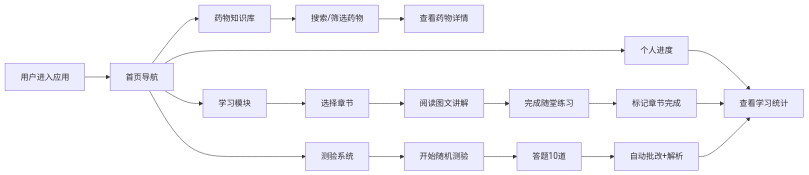
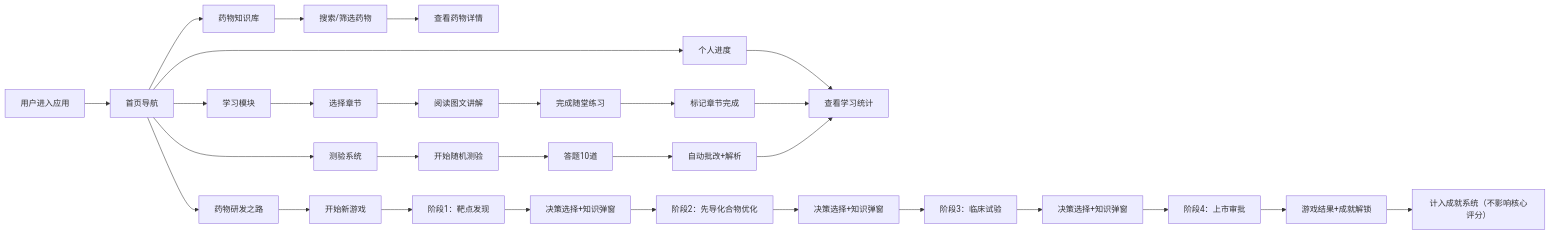
One commit to tutuentropy-droid/1020 changed the diagram in .trae/documents/PRD.md. Above: the diagram before and after it, drawn with Mermaid. The commit also changed other lines of this file and 13 other files, not shown here.

````diff
--- a/.trae/documents/PRD.md
+++ b/.trae/documents/PRD.md
@@ -35,20 +42,31 @@
 ```mermaid
 flowchart LR
     A["用户进入应用"] --> B["首页导航"]
     B --> C["药物知识库"]
     B --> D["学习模块"]
     B --> E["测验系统"]
     B --> F["个人进度"]
-    C --> G["搜索/筛选药物"]
-    G --> H["查看药物详情"]
-    D --> I["选择章节"]
-    I --> J["阅读图文讲解"]
-    J --> K["完成随堂练习"]
-    K --> L["标记章节完成"]
-    E --> M["开始随机测验"]
-    M --> N["答题10道"]
-    N --> O["自动批改+解析"]
-    F --> P["查看学习统计"]
-    L --> P
-    O --> P
+    B --> G["药物研发之路"]
+    C --> H["搜索/筛选药物"]
+    H --> I["查看药物详情"]
+    D --> J["选择章节"]
+    J --> K["阅读图文讲解"]
+    K --> L["完成随堂练习"]
+    L --> M["标记章节完成"]
+    E --> N["开始随机测验"]
+    N --> O["答题10道"]
+    O --> P["自动批改+解析"]
+    F --> Q["查看学习统计"]
+    M --> Q
+    P --> Q
+    G --> R["开始新游戏"]
+    R --> S["阶段1：靶点发现"]
+    S --> T["决策选择+知识弹窗"]
+    T --> U["阶段2：先导化合物优化"]
+    U --> V["决策选择+知识弹窗"]
+    V --> W["阶段3：临床试验"]
+    W --> X["决策选择+知识弹窗"]
+    X --> Y["阶段4：上市审批"]
+    Y --> Z["游戏结果+成就解锁"]
+    Z --> AA["计入成就系统（不影响核心评分）"]
 ```
````
